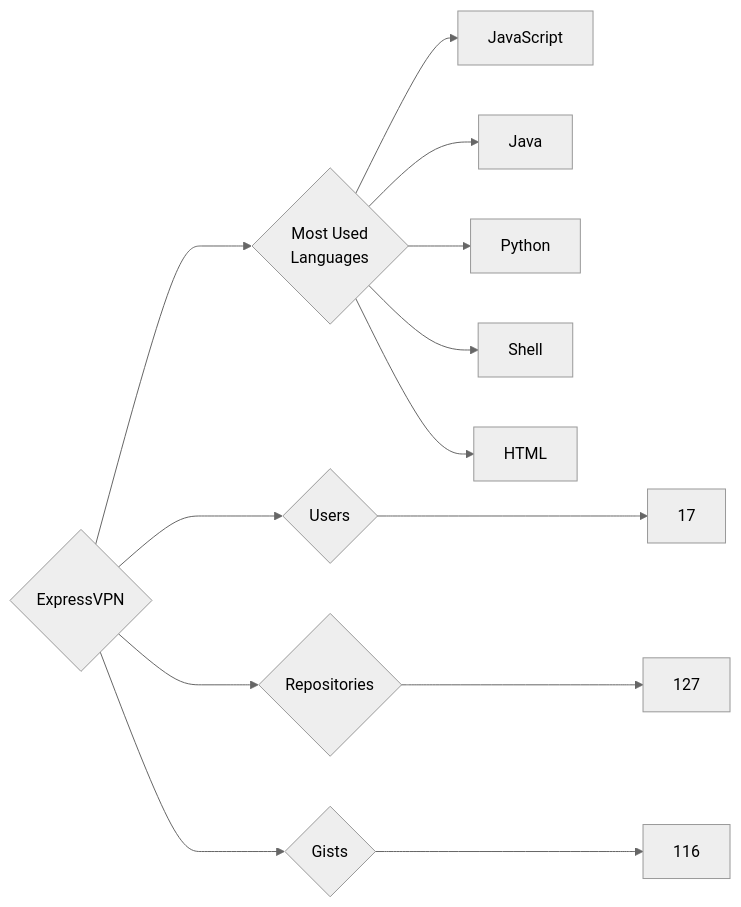
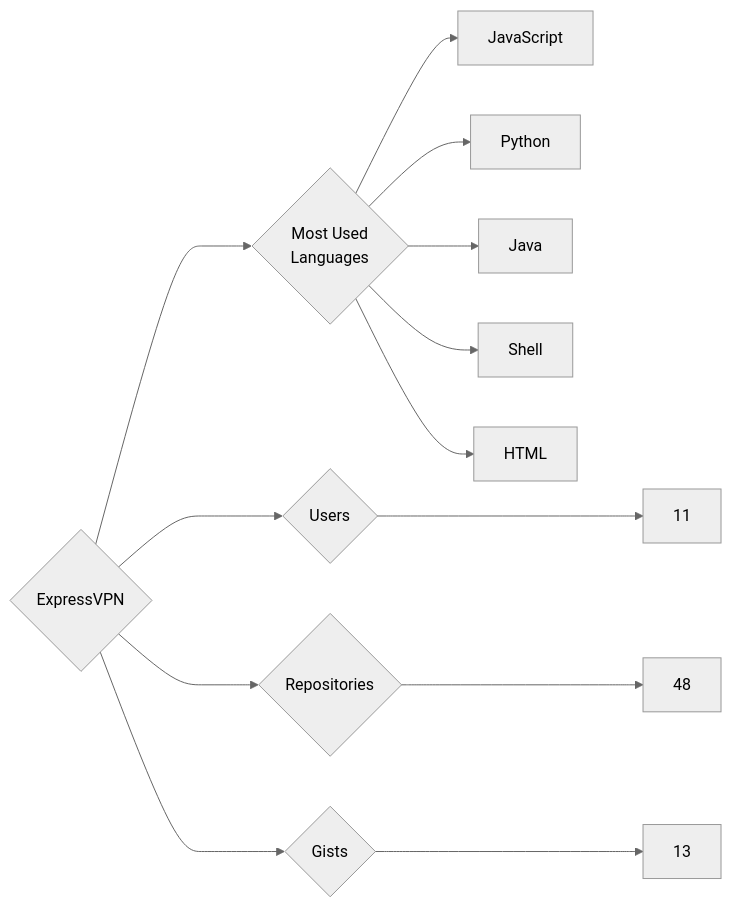
One commit to trickest/insiders changed the diagram in targets/ExpressVPN/README.md. Above: the diagram before and after it, drawn with Mermaid (neutral theme). The commit also changed 932 other files, not shown here.

````diff
--- a/targets/ExpressVPN/README.md
+++ b/targets/ExpressVPN/README.md
@@ -3,13 +3,13 @@
 ```mermaid
 graph LR
 COMPANY_NAME{ExpressVPN}
-COMPANY_NAME ---> U{Users} ---> UN[17]
-COMPANY_NAME ---> R{Repositories} ---> RN[127]
-COMPANY_NAME ---> G{Gists} ---> GN[116]
+COMPANY_NAME ---> U{Users} ---> UN[11]
+COMPANY_NAME ---> R{Repositories} ---> RN[48]
+COMPANY_NAME ---> G{Gists} ---> GN[13]
 COMPANY_NAME ---> ML{Most Used<br>Languages}
 ML --> JavaScript[JavaScript]
+ML --> Python[Python]
 ML --> Java[Java]
-ML --> Python[Python]
 ML --> Shell[Shell]
 ML --> HTML[HTML]
 ```
````
